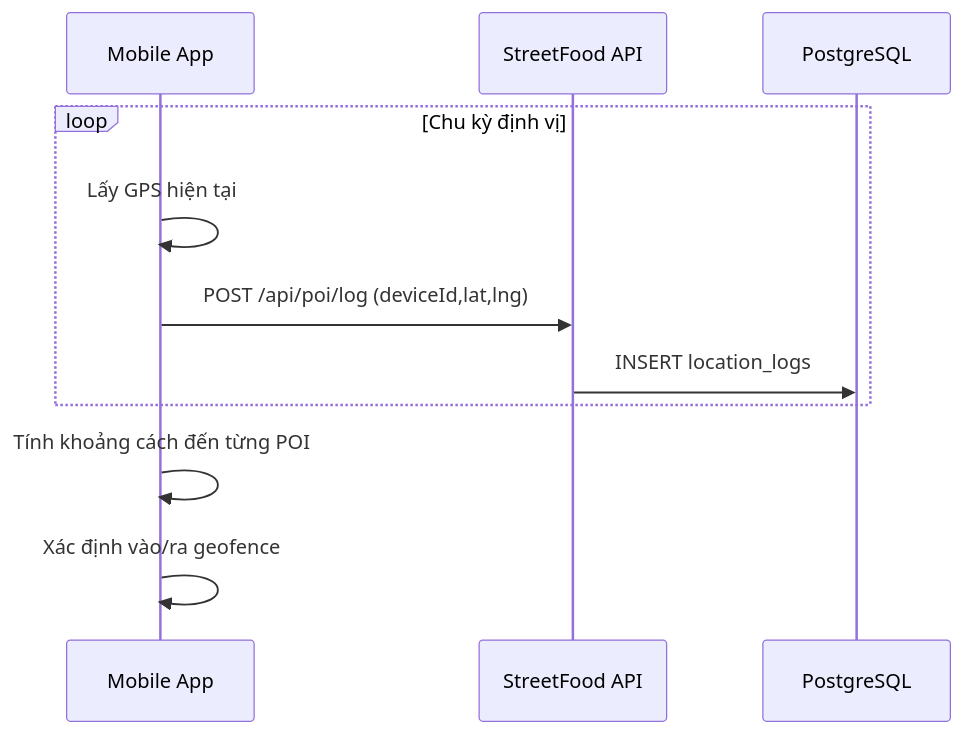
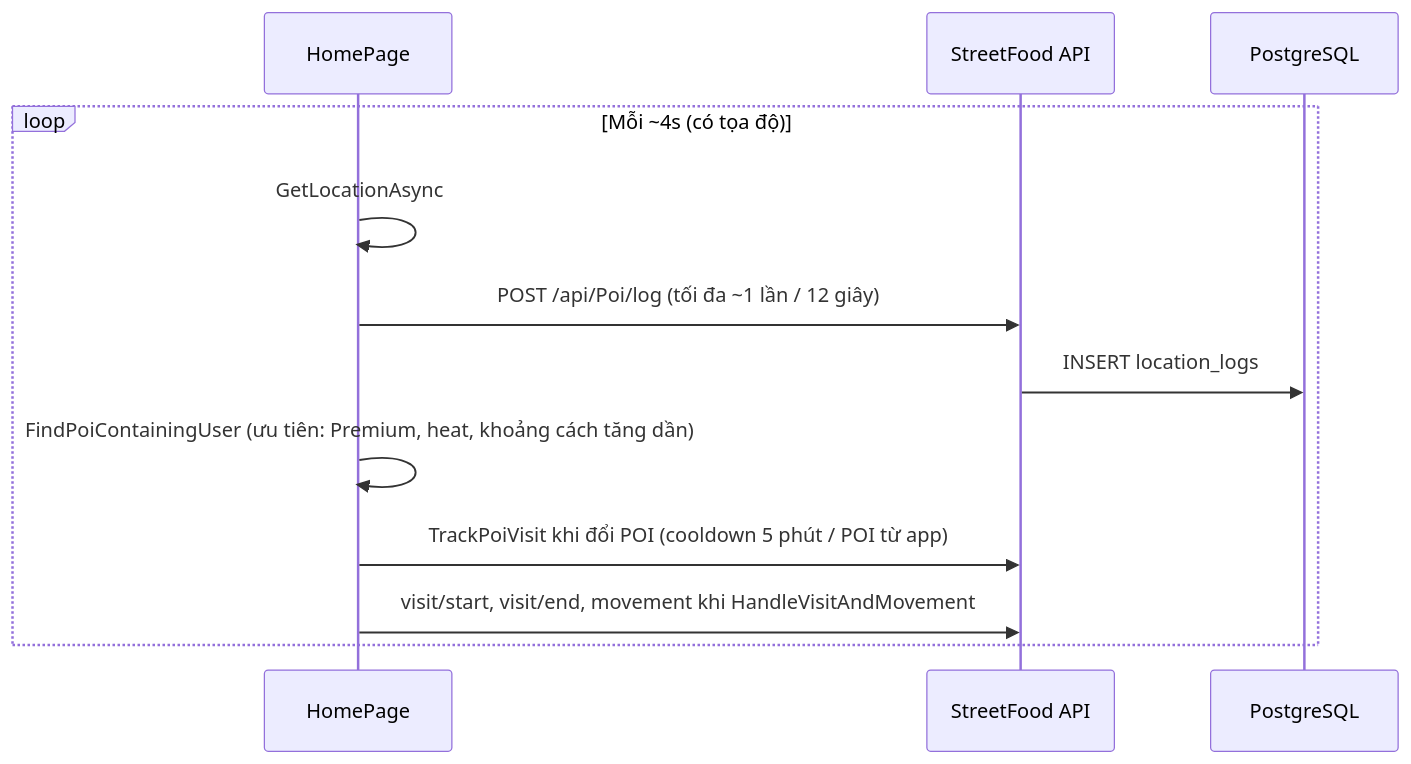
One commit to NguyenPhuc-Du/StreetFood changed the tenth of 55 diagrams in prd.md. Above: the diagram before and after it, drawn with Mermaid. The commit also changed other lines of this file and 8 other files, not shown here.

````diff
--- a/prd.md
+++ b/prd.md
@@ -849,14 +880,15 @@
 ```mermaid
 sequenceDiagram
-    participant M as Mobile App
+    participant M as HomePage
     participant API as StreetFood API
     participant DB as PostgreSQL
 
-    loop Chu kỳ định vị
-      M->>M: Lấy GPS hiện tại
-      M->>API: POST /api/poi/log (deviceId,lat,lng)
-      API->>DB: INSERT location_logs
+    loop Mỗi ~4s (có tọa độ)
+        M->>M: GetLocationAsync
+        M->>API: POST /api/Poi/log (tối đa ~1 lần / 12 giây)
+        API->>DB: INSERT location_logs
+        M->>M: FindPoiContainingUser (ưu tiên: Premium, heat, khoảng cách tăng dần)
+        M->>API: TrackPoiVisit khi đổi POI (cooldown 5 phút / POI từ app)
+        M->>API: visit/start, visit/end, movement khi HandleVisitAndMovement
     end
-    M->>M: Tính khoảng cách đến từng POI
-    M->>M: Xác định vào/ra geofence
 ```
````
